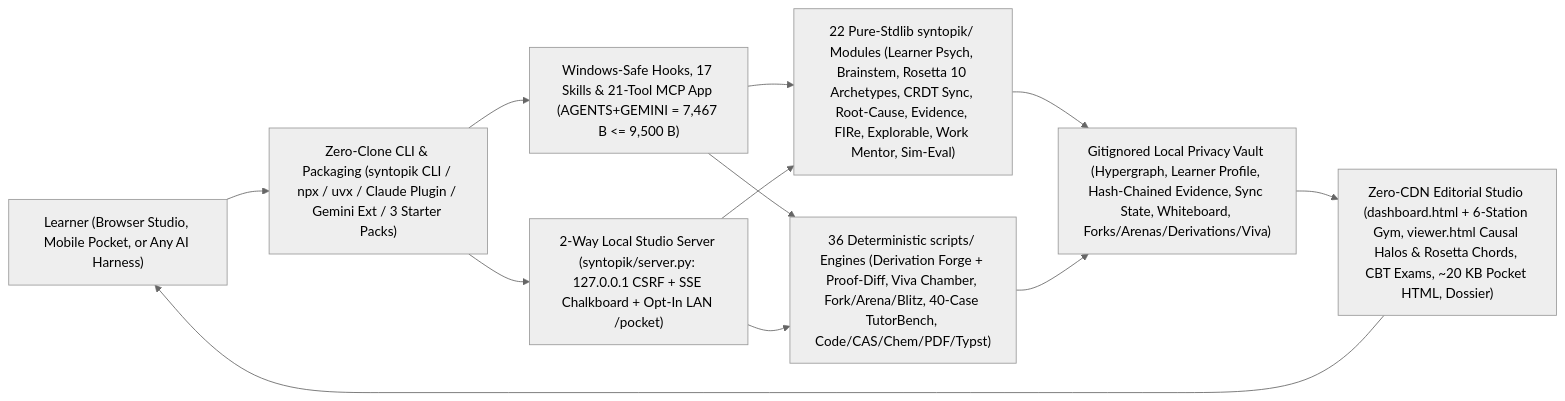
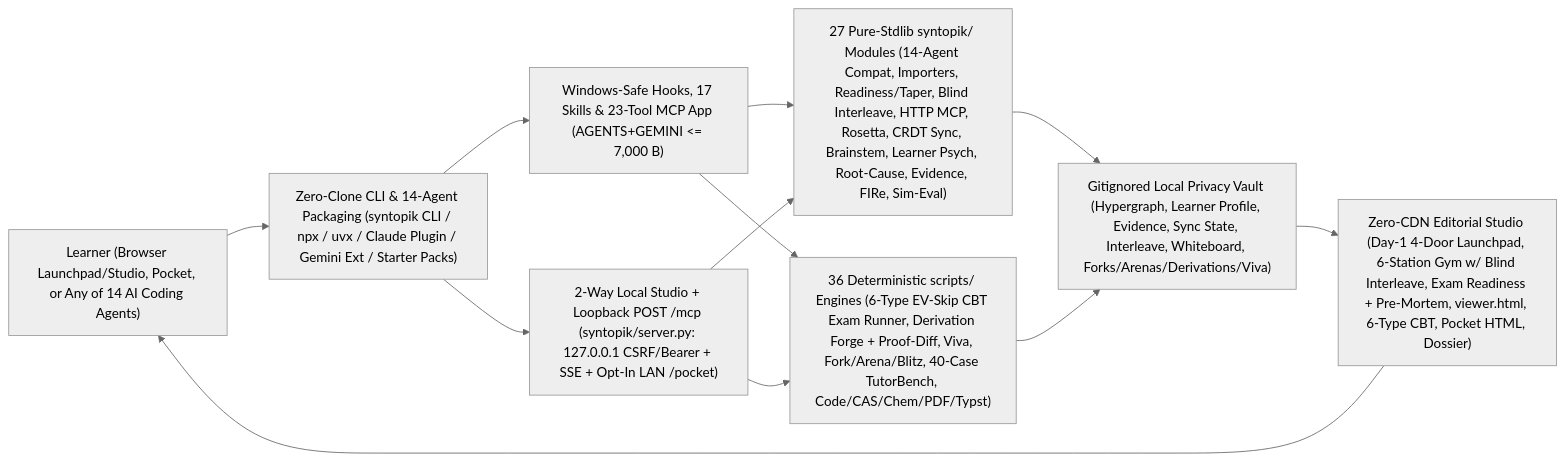
Before and after one commit to HridayKapoor/syntopik: the diagram in README.md, drawn with Mermaid (neutral theme). The commit also changed other lines of this file and 46 other files, not shown here.

````diff
--- a/README.md
+++ b/README.md
@@ -156,14 +144,14 @@
 ```mermaid
 flowchart LR
-    Learner["Learner (Browser Studio, Mobile Pocket, or Any AI Harness)"] --> Entry["Zero-Clone CLI & Packaging (syntopik CLI / npx / uvx / Claude Plugin / Gemini Ext / 3 Starter Packs)"]
-    Entry --> Harness["Windows-Safe Hooks, 17 Skills & 21-Tool MCP App (AGENTS+GEMINI = 7,467 B <= 9,500 B)"]
-    Entry --> Server["2-Way Local Studio Server (syntopik/server.py: 127.0.0.1 CSRF + SSE Chalkboard + Opt-In LAN /pocket)"]
-    Harness --> Core["22 Pure-Stdlib syntopik/ Modules (Learner Psych, Brainstem, Rosetta 10 Archetypes, CRDT Sync, Root-Cause, Evidence, FIRe, Explorable, Work Mentor, Sim-Eval)"]
-    Harness --> Scripts["36 Deterministic scripts/ Engines (Derivation Forge + Proof-Diff, Viva Chamber, Fork/Arena/Blitz, 40-Case TutorBench, Code/CAS/Chem/PDF/Typst)"]
+    Learner["Learner (Browser Launchpad/Studio, Pocket, or Any of 14 AI Coding Agents)"] --> Entry["Zero-Clone CLI & 14-Agent Packaging (syntopik CLI / npx / uvx / Claude Plugin / Gemini Ext / Starter Packs)"]
+    Entry --> Harness["Windows-Safe Hooks, 17 Skills & 23-Tool MCP App (AGENTS+GEMINI <= 7,000 B)"]
+    Entry --> Server["2-Way Local Studio + Loopback POST /mcp (syntopik/server.py: 127.0.0.1 CSRF/Bearer + SSE + Opt-In LAN /pocket)"]
+    Harness --> Core["27 Pure-Stdlib syntopik/ Modules (14-Agent Compat, Importers, Readiness/Taper, Blind Interleave, HTTP MCP, Rosetta, CRDT Sync, Brainstem, Learner Psych, Root-Cause, Evidence, FIRe, Sim-Eval)"]
+    Harness --> Scripts["36 Deterministic scripts/ Engines (6-Type EV-Skip CBT Exam Runner, Derivation Forge + Proof-Diff, Viva, Fork/Arena/Blitz, 40-Case TutorBench, Code/CAS/Chem/PDF/Typst)"]
     Server --> Core
     Server --> Scripts
-    Core --> State["Gitignored Local Privacy Vault (Hypergraph, Learner Profile, Hash-Chained Evidence, Sync State, Whiteboard, Forks/Arenas/Derivations/Viva)"]
+    Core --> State["Gitignored Local Privacy Vault (Hypergraph, Learner Profile, Evidence, Sync State, Interleave, Whiteboard, Forks/Arenas/Derivations/Viva)"]
     Scripts --> State
-    State --> UI["Zero-CDN Editorial Studio (dashboard.html + 6-Station Gym, viewer.html Causal Halos & Rosetta Chords, CBT Exams, ~20 KB Pocket HTML, Dossier)"]
+    State --> UI["Zero-CDN Editorial Studio (Day-1 4-Door Launchpad, 6-Station Gym w/ Blind Interleave, Exam Readiness + Pre-Mortem, viewer.html, 6-Type CBT, Pocket HTML, Dossier)"]
     UI --> Learner
 ```
````
